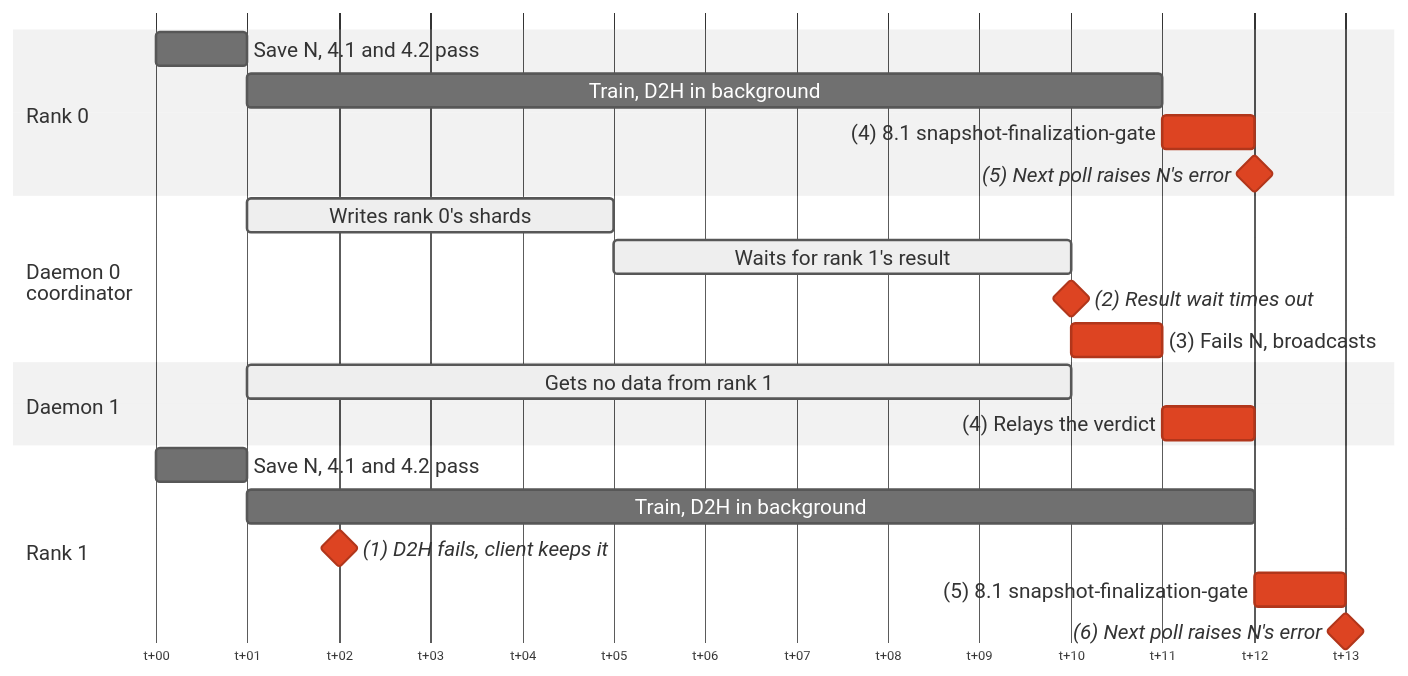
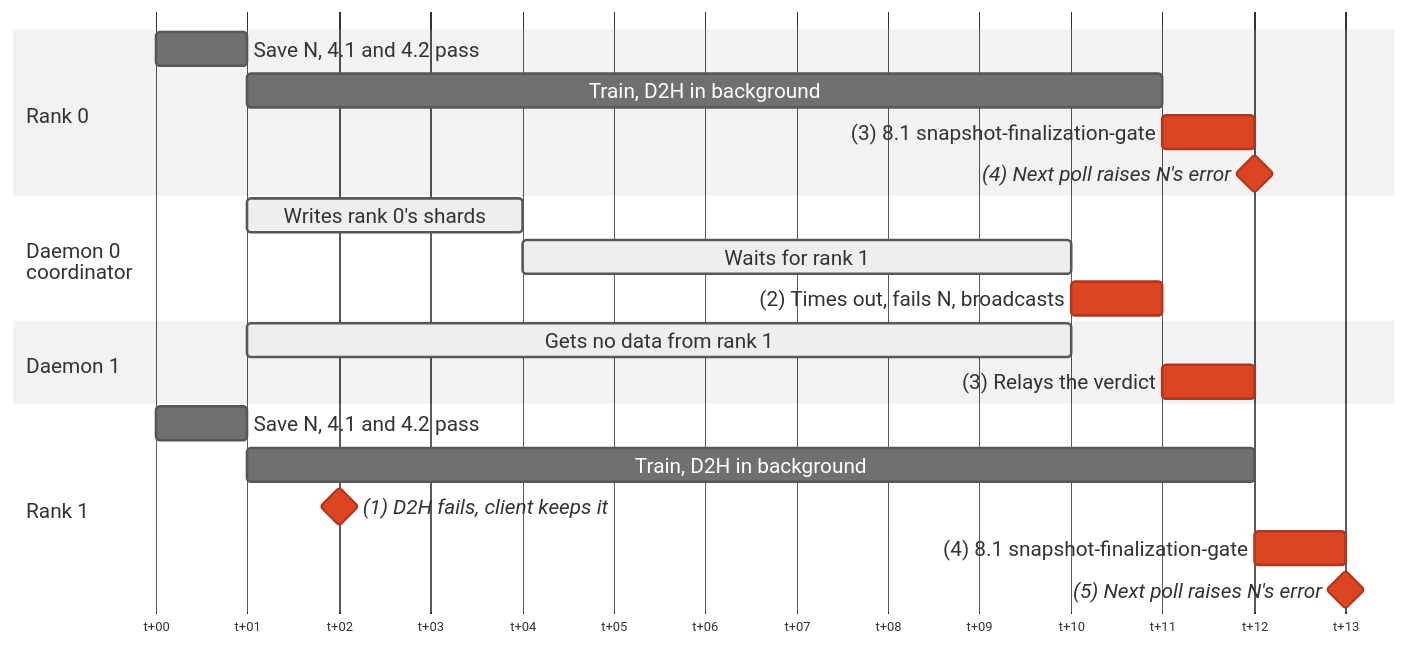
One commit to ankurv-nvidia/nvrx_checkpointing changed the ninth of 14 diagrams in docs/Design.md. Above: the diagram before and after it, drawn with Mermaid (neutral theme). The commit also changed other lines of this file, not shown here.

Commit message:
Update diagrams

````diff
--- a/docs/Design.md
+++ b/docs/Design.md
@@ -615,30 +611,29 @@
 ```mermaid
-%%{init: {"gantt": {"fontSize": 16, "sectionFontSize": 16, "barHeight": 26, "barGap": 6, "leftPadding": 110, "topPadding": 40}}}%%
+%%{init: {"gantt": {"fontSize": 16, "sectionFontSize": 16, "barHeight": 26, "barGap": 6, "leftPadding": 110, "topPadding": 50}}}%%
 gantt
     dateFormat HH:mm
     axisFormat t+%M
     todayMarker off
 
     section Rank 0
-    Save N, 4.1 and 4.2 pass            :r0a, 00:00, 1m
-    Train, D2H in background            :r0b, 00:01, 10m
-    (4) 8.1 snapshot-finalization-gate  :crit, r0c, 00:11, 1m
-    (5) Next poll raises N's error      :crit, milestone, r0d, 00:12, 0m
+    Save N, 4.1 and 4.2 pass                  :r0a, 00:00, 1m
+    Train, D2H in background                  :r0b, 00:01, 10m
+    (3) 8.1 snapshot-finalization-gate        :crit, r0c, 00:11, 1m
+    (4) Next poll raises N's error            :crit, milestone, r0d, 00:12, 0m
 
     section Daemon 0<br>coordinator
-    Writes rank 0's shards              :active, d0a, 00:01, 4m
-    Waits for rank 1's result           :active, d0b, 00:05, 5m
-    (2) Result wait times out           :crit, milestone, d0c, 00:10, 0m
-    (3) Fails N, broadcasts             :crit, d0d, 00:10, 1m
+    Writes rank 0's shards                    :active, d0a, 00:01, 3m
+    Waits for rank 1                          :active, d0b, 00:04, 6m
+    (2) Times out, fails N, broadcasts        :crit, d0c, 00:10, 1m
 
     section Daemon 1
-    Gets no data from rank 1            :active, d1a, 00:01, 9m
-    (4) Relays the verdict              :crit, d1b, 00:11, 1m
+    Gets no data from rank 1                  :active, d1a, 00:01, 9m
+    (3) Relays the verdict                    :crit, d1b, 00:11, 1m
 
     section Rank 1
-    Save N, 4.1 and 4.2 pass            :r1a, 00:00, 1m
-    Train, D2H in background            :r1b, 00:01, 11m
-    (1) D2H fails, client keeps it      :crit, milestone, r1c, 00:02, 0m
-    (5) 8.1 snapshot-finalization-gate  :crit, r1d, 00:12, 1m
-    (6) Next poll raises N's error      :crit, milestone, r1e, 00:13, 0m
+    Save N, 4.1 and 4.2 pass                  :r1a, 00:00, 1m
+    Train, D2H in background                  :r1b, 00:01, 11m
+    (1) D2H fails, client keeps it            :crit, milestone, r1c, 00:02, 0m
+    (4) 8.1 snapshot-finalization-gate        :crit, r1d, 00:12, 1m
+    (5) Next poll raises N's error            :crit, milestone, r1e, 00:13, 0m
 ```
````
